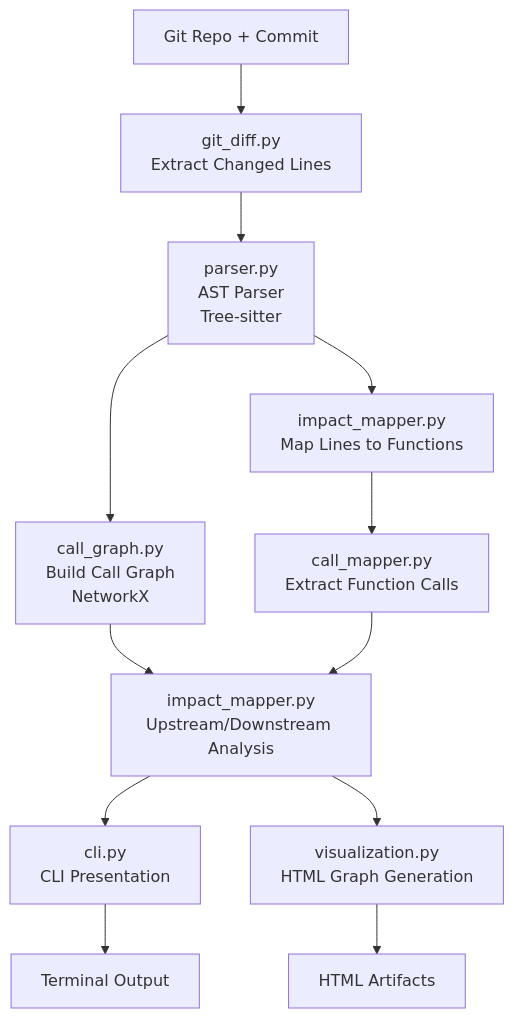
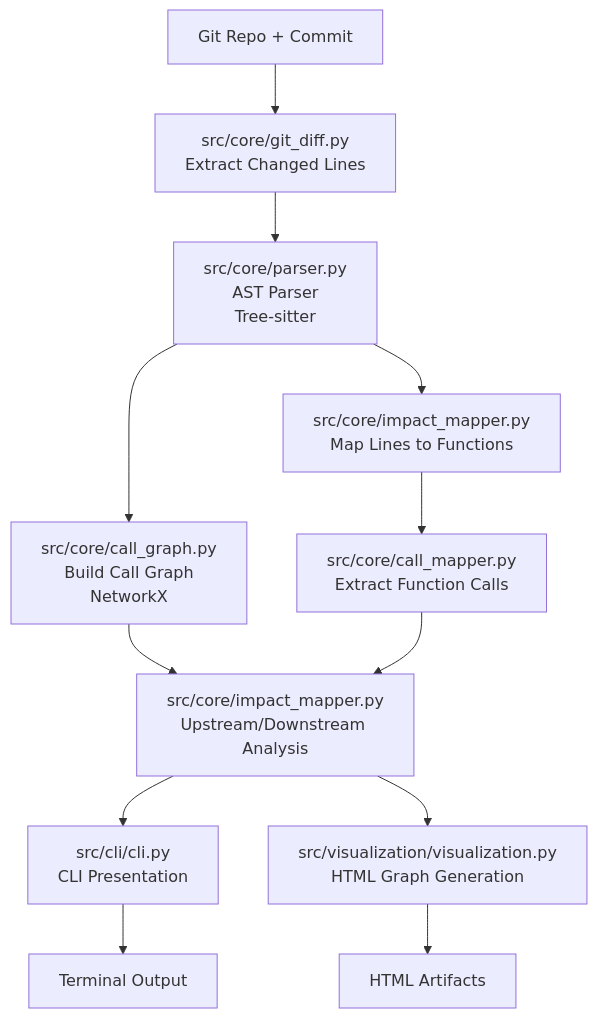
Before and after one commit to hamedkharazmi/Impact-Scope: the diagram in README.md, drawn with Mermaid. The commit also changed other lines of this file and 21 other files, not shown here.

````diff
--- a/README.md
+++ b/README.md
@@ -165,14 +195,14 @@
 ```mermaid
 graph TD
-    A[Git Repo + Commit] --> B[git_diff.py<br/>Extract Changed Lines]
-    B --> C[parser.py<br/>AST Parser<br/>Tree-sitter]
-    C --> D[call_graph.py<br/>Build Call Graph<br/>NetworkX]
-    C --> E[impact_mapper.py<br/>Map Lines to Functions]
-    E --> F[call_mapper.py<br/>Extract Function Calls]
-    D --> G[impact_mapper.py<br/>Upstream/Downstream Analysis]
+    A[Git Repo + Commit] --> B[src/core/git_diff.py<br/>Extract Changed Lines]
+    B --> C[src/core/parser.py<br/>AST Parser<br/>Tree-sitter]
+    C --> D[src/core/call_graph.py<br/>Build Call Graph<br/>NetworkX]
+    C --> E[src/core/impact_mapper.py<br/>Map Lines to Functions]
+    E --> F[src/core/call_mapper.py<br/>Extract Function Calls]
+    D --> G[src/core/impact_mapper.py<br/>Upstream/Downstream Analysis]
     F --> G
-    G --> H[cli.py<br/>CLI Presentation]
-    G --> I[visualization.py<br/>HTML Graph Generation]
+    G --> H[src/cli/cli.py<br/>CLI Presentation]
+    G --> I[src/visualization/visualization.py<br/>HTML Graph Generation]
     H --> J[Terminal Output]
     I --> K[HTML Artifacts]
 ```
````
